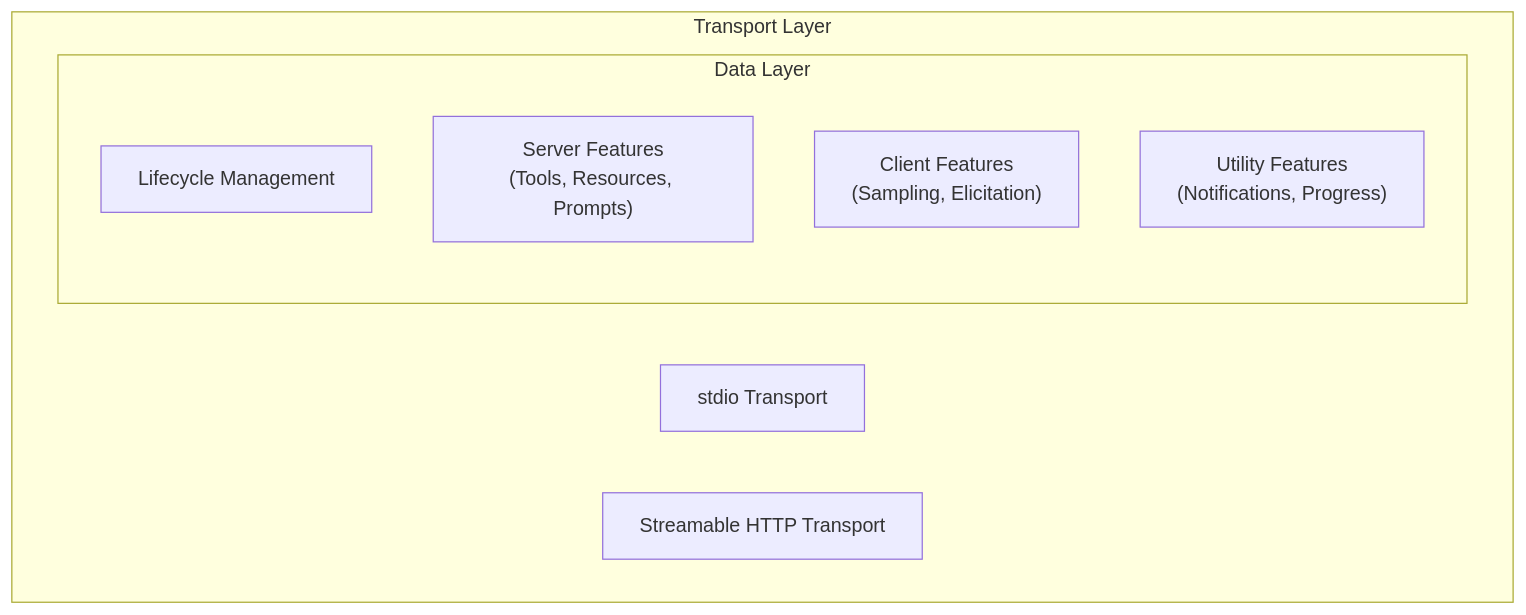
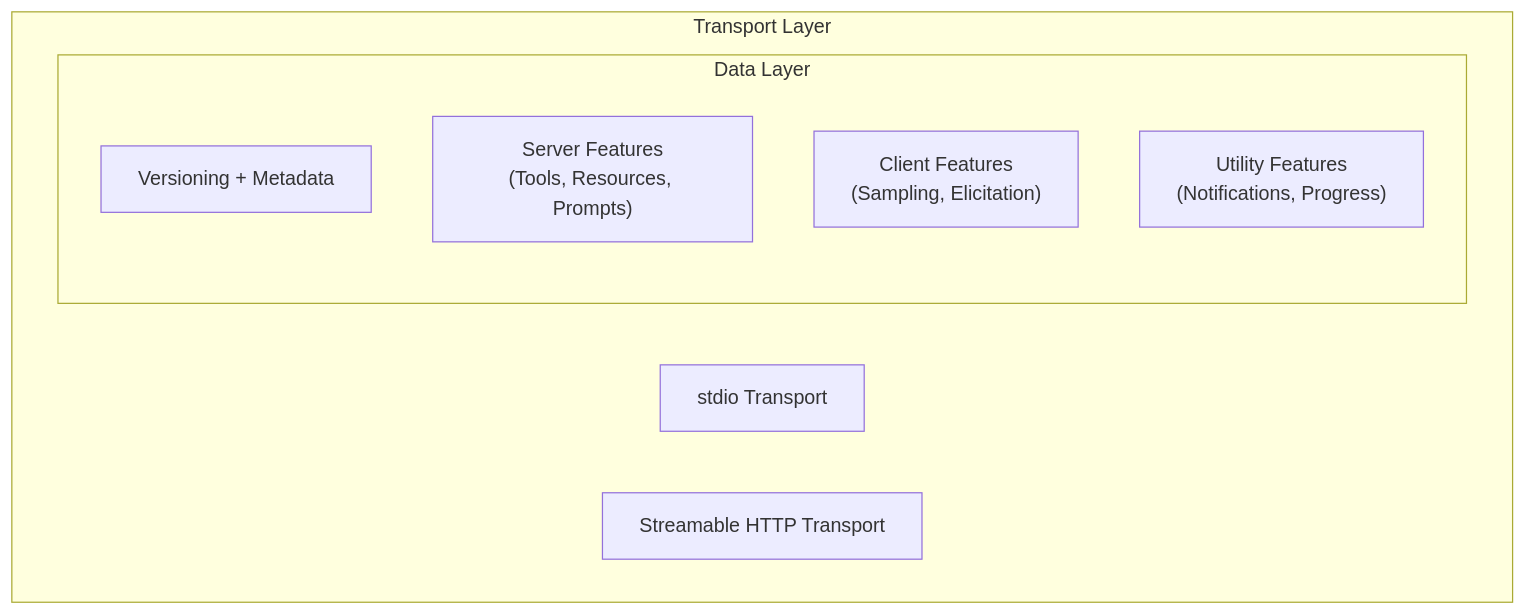
Before and after one commit to yoichiozaki/yoichiozaki.github.io: the second of 6 diagrams in content/blog/en/model-context-protocol.mdx, drawn with Mermaid. The commit also changed other lines of this file and 88 other files, not shown here.

````diff
--- a/content/blog/en/model-context-protocol.mdx
+++ b/content/blog/en/model-context-protocol.mdx
@@ -104,13 +99,13 @@
 ```mermaid
 graph TB
     subgraph Outer["Transport Layer"]
         subgraph Inner["Data Layer"]
-            LC["Lifecycle Management"]
+            LC["Versioning + Metadata"]
             SF["Server Features\n(Tools, Resources, Prompts)"]
             CF["Client Features\n(Sampling, Elicitation)"]
             UF["Utility Features\n(Notifications, Progress)"]
         end
         STDIO["stdio Transport"]
         HTTP["Streamable HTTP Transport"]
     end
 ```
````
